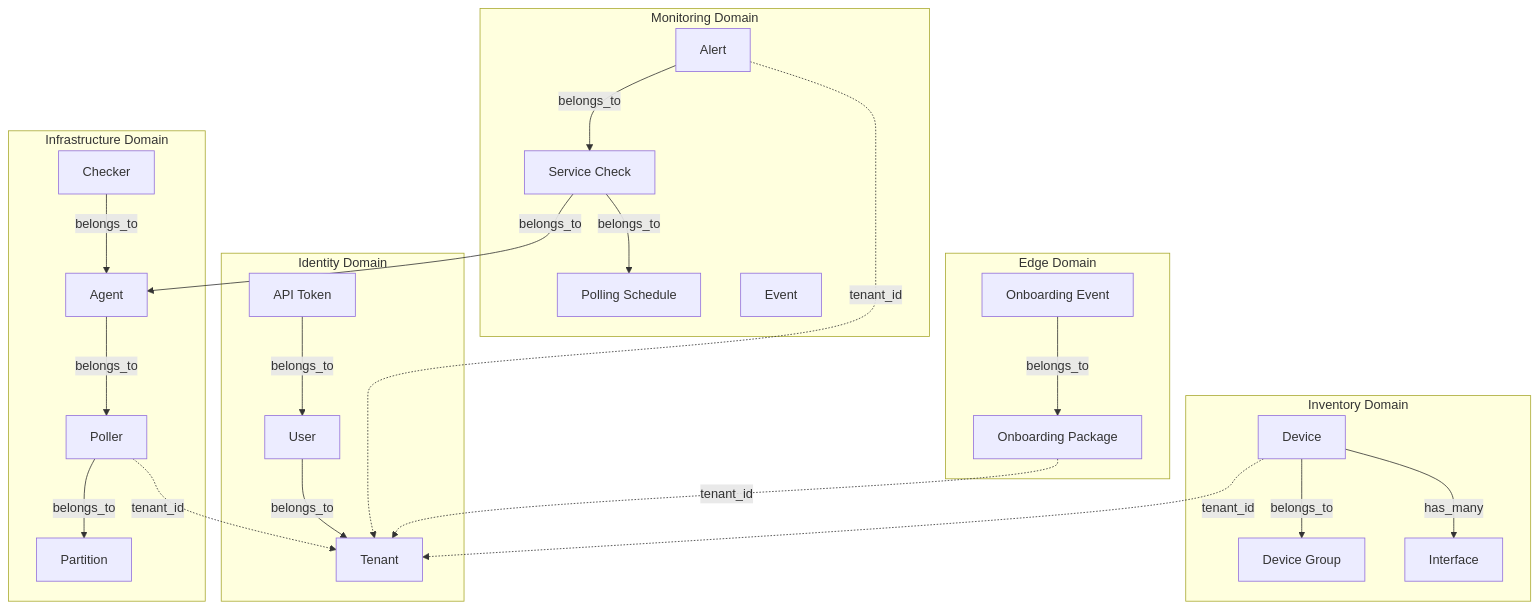
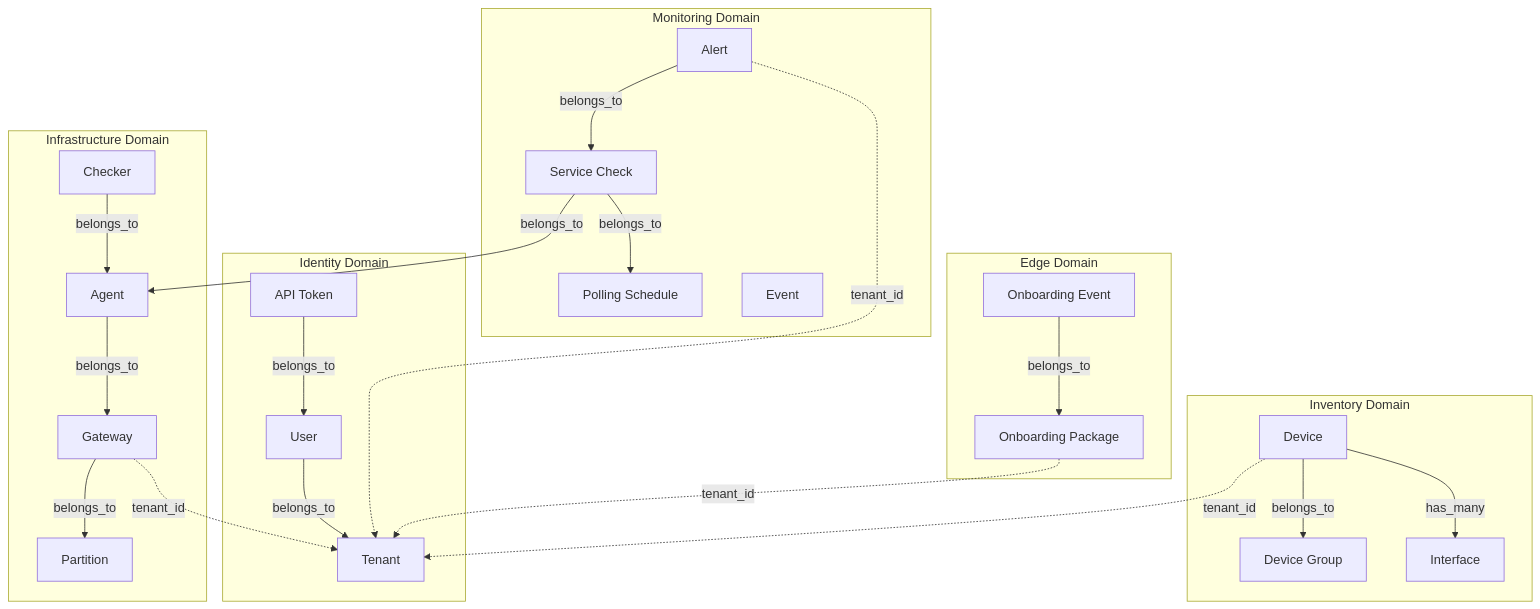
The diagram in docs/docs/ash-domains.md (carverauto/serviceradar), drawn with Mermaid before and after one commit. The commit also changed other lines of this file and 118 other files, not shown here.

````diff
--- a/docs/docs/ash-domains.md
+++ b/docs/docs/ash-domains.md
@@ -12,50 +12,50 @@
 ```mermaid
 graph TB
     subgraph Identity["Identity Domain"]
         Tenant[Tenant]
         User[User]
         ApiToken[API Token]
         User -->|belongs_to| Tenant
         ApiToken -->|belongs_to| User
     end
 
     subgraph Inventory["Inventory Domain"]
         Device[Device]
         DeviceGroup[Device Group]
         Interface[Interface]
         Device -->|belongs_to| DeviceGroup
         Device -->|has_many| Interface
     end
 
     subgraph Infrastructure["Infrastructure Domain"]
         Partition[Partition]
-        Poller[Poller]
+        Gateway[Gateway]
         Agent[Agent]
         Checker[Checker]
-        Poller -->|belongs_to| Partition
-        Agent -->|belongs_to| Poller
+        Gateway -->|belongs_to| Partition
+        Agent -->|belongs_to| Gateway
         Checker -->|belongs_to| Agent
     end
 
     subgraph Monitoring["Monitoring Domain"]
         PollingSchedule[Polling Schedule]
         ServiceCheck[Service Check]
         Alert[Alert]
         Event[Event]
         ServiceCheck -->|belongs_to| PollingSchedule
         ServiceCheck -->|belongs_to| Agent
         Alert -->|belongs_to| ServiceCheck
     end
 
     subgraph Edge["Edge Domain"]
         OnboardingPackage[Onboarding Package]
         OnboardingEvent[Onboarding Event]
         OnboardingEvent -->|belongs_to| OnboardingPackage
     end
 
     %% Cross-domain relationships
     Device -.->|tenant_id| Tenant
-    Poller -.->|tenant_id| Tenant
+    Gateway -.->|tenant_id| Tenant
     Alert -.->|tenant_id| Tenant
     OnboardingPackage -.->|tenant_id| Tenant
 ```
````
